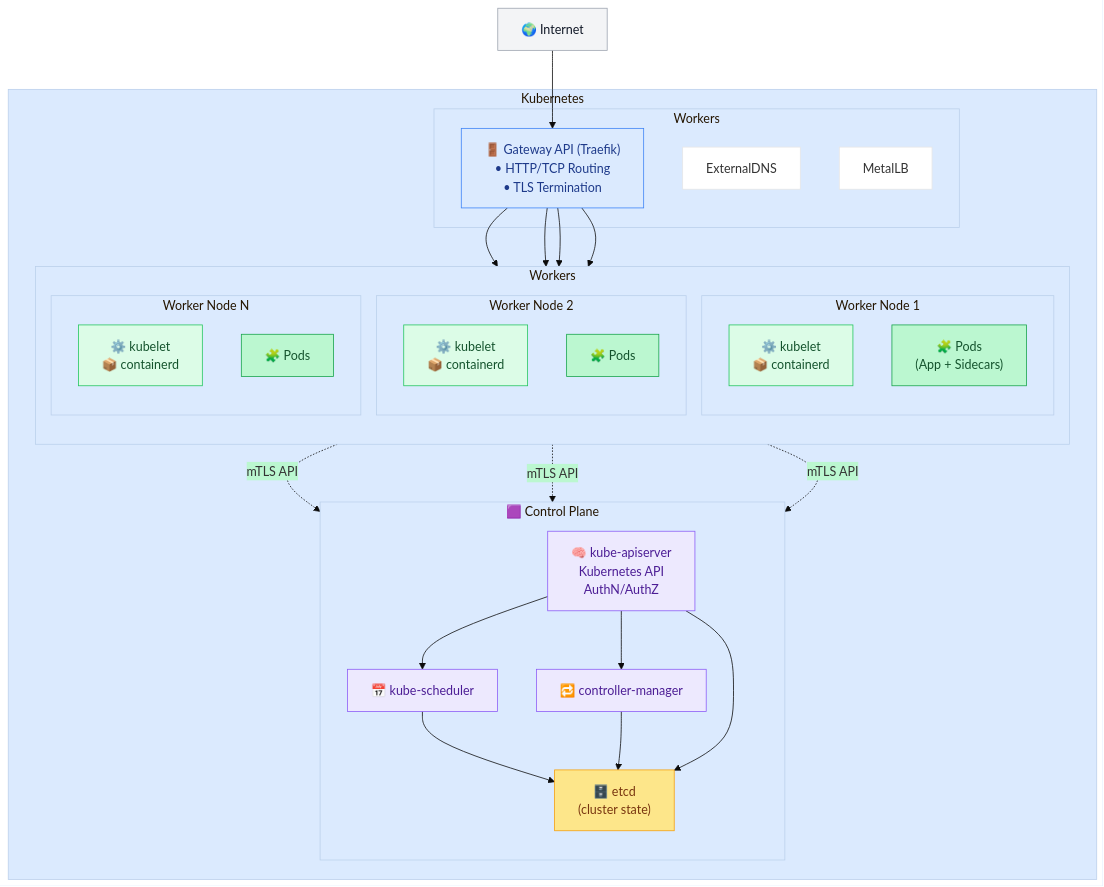
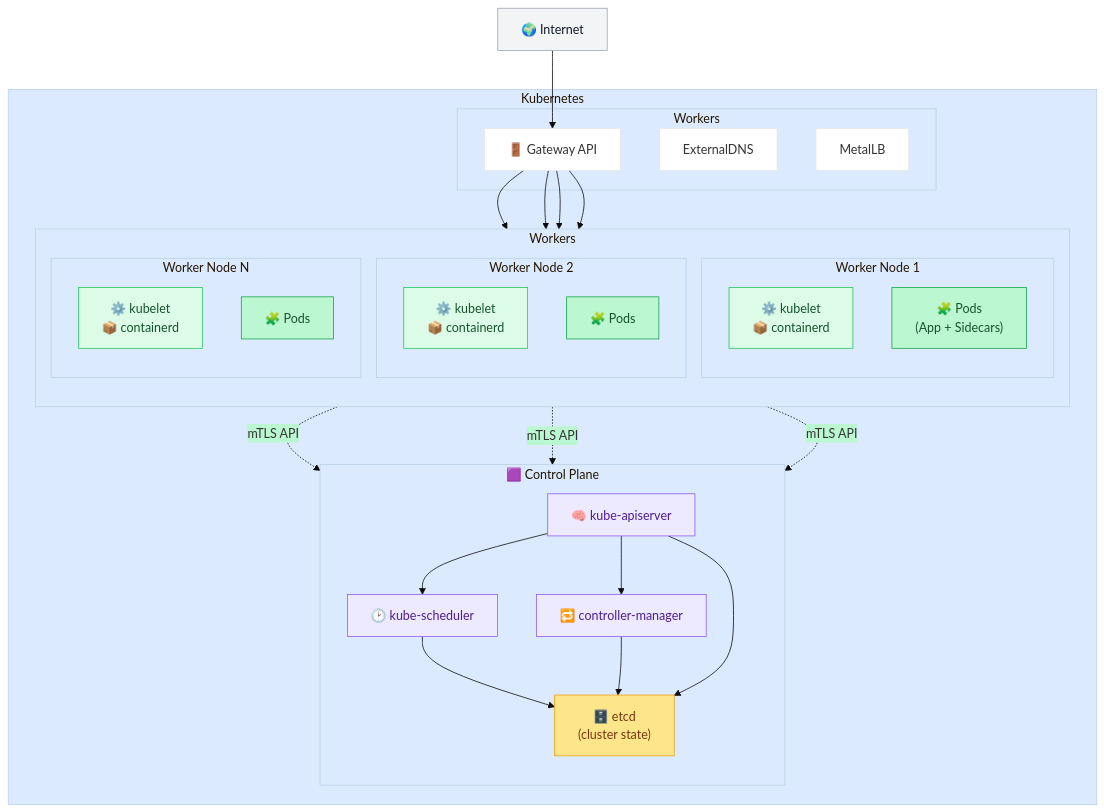
The diagram in schemas/k8s-architecture.mmd (kakwa/technically), drawn with Mermaid before and after one commit.

Commit message:
simplify schema

```diff
--- a/schemas/k8s-architecture.mmd
+++ b/schemas/k8s-architecture.mmd
@@ -1,98 +1,97 @@
 ---
 config:
   theme: 'base'
   themeVariables:
     primaryColor: '#fff'
     tertiaryColor: '#dbeafe'
     secondaryColor: '#bbf7d0'
 ---
 
 flowchart TB
 
     %% ========== STYLES ==========
     classDef internet fill:#f3f4f6,stroke:#9ca3af,color:#111827
     classDef gateway fill:#dbeafe,stroke:#3b82f6,color:#1e3a8a
     classDef worker fill:#dcfce7,stroke:#22c55e,color:#14532d
     classDef pod fill:#bbf7d0,stroke:#16a34a,color:#14532d
     classDef control fill:#ede9fe,stroke:#8b5cf6,color:#4c1d95
     classDef etcd fill:#fde68a,stroke:#f59e0b,color:#78350f
     classDef k8s fill:#f3f4f6,stroke:#9ca3af,color:#111827
 
     %% ========== INTERNET ==========
     Internet["🌍 Internet"]
     class Internet internet
 
     subgraph K8S["Kubernetes"]
     class K8S k8s
     %% ========== GATEWAY ==========
     subgraph AddOns["Workers"]
-        Gateway["🚪 Gateway API (Traefik)\n• HTTP/TCP Routing\n• TLS Termination"]
-        class Gateway gateway
+        Gateway["🚪 Gateway API"]
         ExternalDNS["ExternalDNS"]
         MetalLB["MetalLB"]
     end
 
     %% ========== WORKER RUNTIME ==========
     subgraph Runtime["Workers"]
         direction TB
 
         subgraph W1["Worker Node 1"]
             W1_stack["⚙️ kubelet\n📦 containerd"]
             W1_pods["🧩 Pods\n(App + Sidecars)"]
             class W1_stack worker
             class W1_pods pod
         end
 
         subgraph W2["Worker Node 2"]
             W2_stack["⚙️ kubelet\n📦 containerd"]
             W2_pods["🧩 Pods"]
             class W2_stack worker
             class W2_pods pod
         end
 
         subgraph WN["Worker Node N"]
             WN_stack["⚙️ kubelet\n📦 containerd"]
             WN_pods["🧩 Pods"]
             class WN_stack worker
             class WN_pods pod
         end
     end
 
     %% ========== CONTROL PLANE ==========
     subgraph ControlPlane["🟪 Control Plane"]
         direction TB
 
-        API["🧠 kube-apiserver\nKubernetes API\nAuthN/AuthZ"]
-        Scheduler["📅 kube-scheduler"]
+        API["🧠 kube-apiserver"]
+        Scheduler["🕑 kube-scheduler"]
         Controller["🔁 controller-manager"]
         Etcd["🗄️ etcd\n(cluster state)"]
 
         class API control
         class Scheduler control
         class Controller control
         class Etcd etcd
     end
     class K8S k8s
     end
 
 
     %% ========== FLOWS ==========
     Internet --> Gateway
     Gateway --> Runtime
 
     %% Gateway to pods
     Gateway --> W1_pods
     Gateway --> W2_pods
     Gateway --> WN_pods
 
     %% Control plane communication
     W1_stack -. "mTLS API" .-> API
     W2_stack -. "mTLS API" .-> API
     WN_stack -. "mTLS API" .-> API
 
     %% Control plane internals
     API --> Scheduler
     API --> Controller
     Scheduler --> Etcd
     Controller --> Etcd
     API --> Etcd
```
